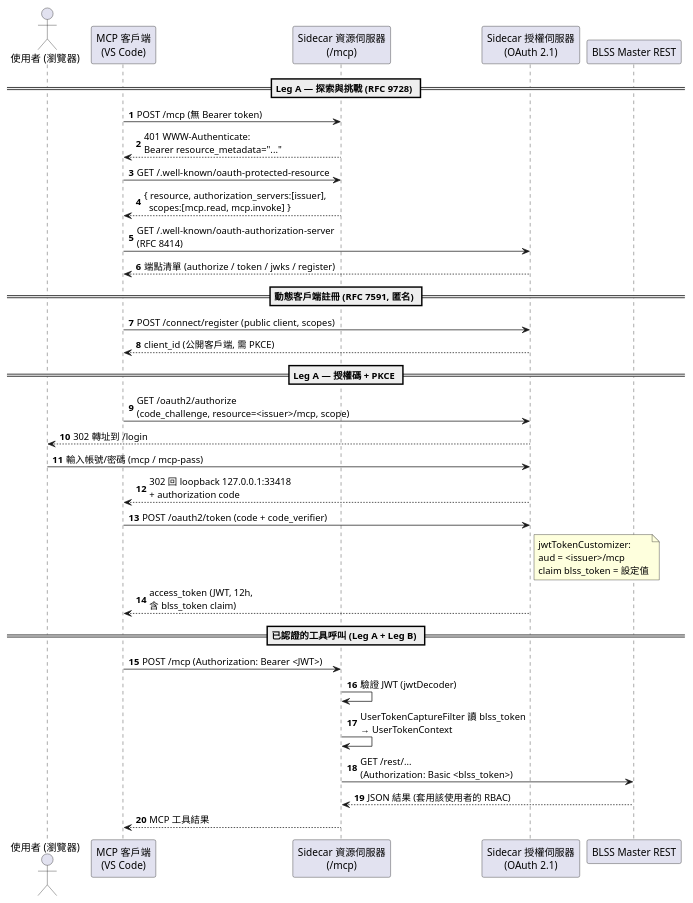
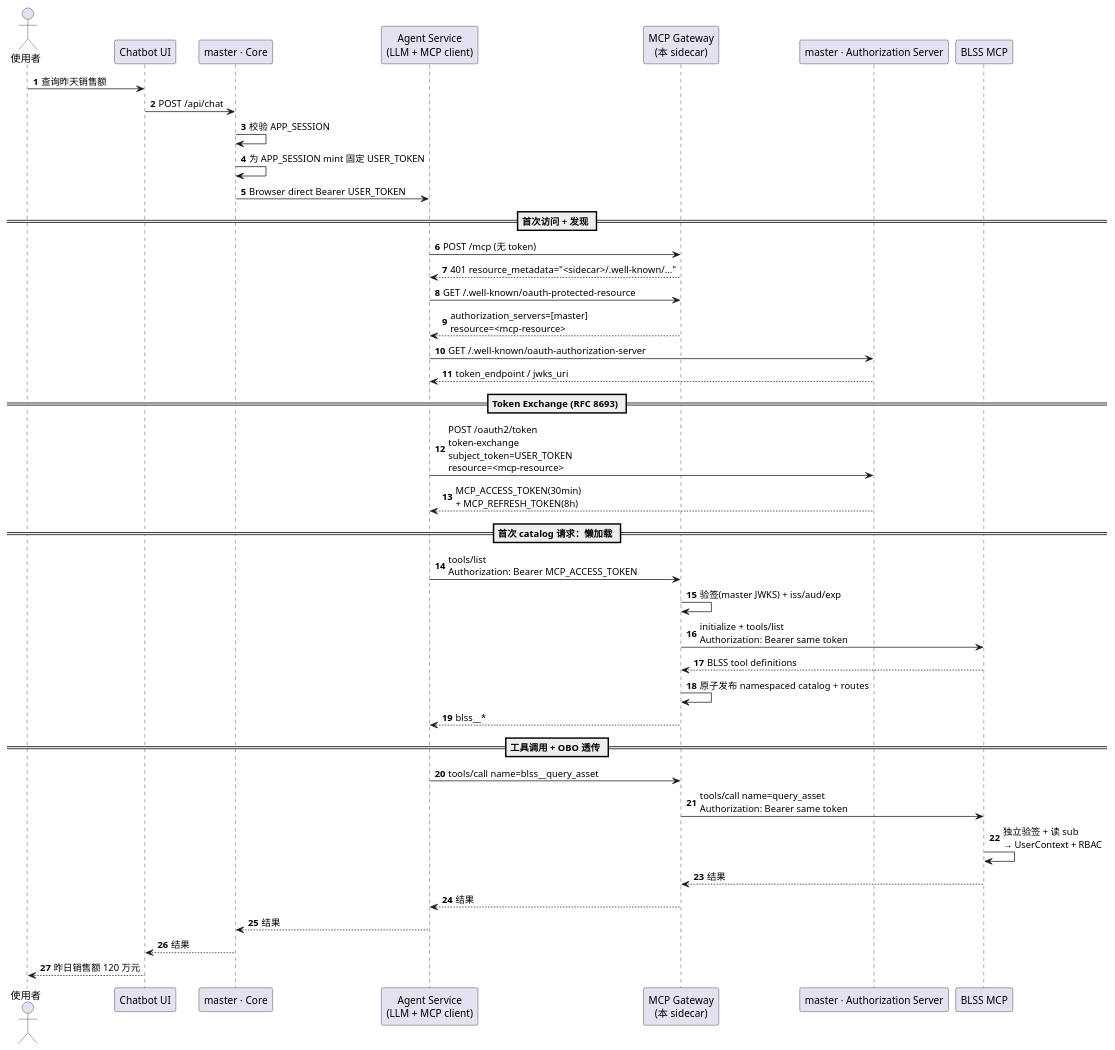
One commit to leiguo-eaton/mcp-spike changed the second of 2 diagrams in doc/auth-flow.md. Above: the diagram before and after it, drawn with PlantUML. The commit also changed other lines of this file and 69 other files, not shown here.

````diff
--- a/doc/auth-flow.md
+++ b/doc/auth-flow.md
@@ -174,43 +127,48 @@
 ```plantuml
 @startuml
 autonumber
-actor "使用者 (瀏覽器)" as User
-participant "MCP 客戶端\n(VS Code)" as VSCode
-participant "Sidecar 資源伺服器\n(/mcp)" as RS
-participant "Sidecar 授權伺服器\n(OAuth 2.1)" as AS
-participant "BLSS Master REST" as Master
+actor "使用者" as User
+participant "Chatbot UI" as UI
+participant "master · Core" as Core
+participant "Agent Service\n(LLM + MCP client)" as Agent
+participant "MCP Gateway\n(本 sidecar)" as GW
+participant "master · Authorization Server" as AS
+participant "BLSS MCP" as BLSS
 
-== Leg A — 探索與挑戰 (RFC 9728) ==
-VSCode -> RS : POST /mcp (無 Bearer token)
-RS --> VSCode : 401 WWW-Authenticate:\nBearer resource_metadata="..."
-VSCode -> RS : GET /.well-known/oauth-protected-resource
-RS --> VSCode : { resource, authorization_servers:[issuer],\n  scopes:[mcp.read, mcp.invoke] }
-VSCode -> AS : GET /.well-known/oauth-authorization-server\n(RFC 8414)
-AS --> VSCode : 端點清單 (authorize / token / jwks / register)
+User -> UI : 查询昨天销售额
+UI -> Core : POST /api/chat
+Core -> Core : 校验 APP_SESSION
+Core -> Core : 为 APP_SESSION mint 固定 USER_TOKEN
+Core -> Agent : Browser direct Bearer USER_TOKEN
 
-== 動態客戶端註冊 (RFC 7591, 匿名) ==
-VSCode -> AS : POST /connect/register (public client, scopes)
-AS --> VSCode : client_id (公開客戶端, 需 PKCE)
+== 首次访问 + 发现 ==
+Agent -> GW : POST /mcp (无 token)
+GW --> Agent : 401 resource_metadata="<sidecar>/.well-known/..."
+Agent -> GW : GET /.well-known/oauth-protected-resource
+GW --> Agent : authorization_servers=[master]\nresource=<mcp-resource>
+Agent -> AS : GET /.well-known/oauth-authorization-server
+AS --> Agent : token_endpoint / jwks_uri
 
-== Leg A — 授權碼 + PKCE ==
-VSCode -> AS : GET /oauth2/authorize\n(code_challenge, resource=<issuer>/mcp, scope)
-AS --> User : 302 轉址到 /login
-User -> AS : 輸入帳號/密碼 (mcp / mcp-pass)
-AS --> VSCode : 302 回 loopback 127.0.0.1:33418\n+ authorization code
-VSCode -> AS : POST /oauth2/token (code + code_verifier)
-note right of AS
-  jwtTokenCustomizer:
-  aud = <issuer>/mcp
-  claim blss_token = 設定值
-end note
-AS --> VSCode : access_token (JWT, 12h,\n含 blss_token claim)
+== Token Exchange (RFC 8693) ==
+Agent -> AS : POST /oauth2/token\ntoken-exchange\nsubject_token=USER_TOKEN\nresource=<mcp-resource>
+AS --> Agent : MCP_ACCESS_TOKEN(30min)\n+ MCP_REFRESH_TOKEN(8h)
 
-== 已認證的工具呼叫 (Leg A + Leg B) ==
-VSCode -> RS : POST /mcp (Authorization: Bearer <JWT>)
-RS -> RS : 驗證 JWT (jwtDecoder)
-RS -> RS : UserTokenCaptureFilter 讀 blss_token\n→ UserTokenContext
-RS -> Master : GET /rest/...\n(Authorization: Basic <blss_token>)
-Master --> RS : JSON 結果 (套用該使用者的 RBAC)
-RS --> VSCode : MCP 工具結果
+== 首次 catalog 请求：懒加载 ==
+Agent -> GW : tools/list\nAuthorization: Bearer MCP_ACCESS_TOKEN
+GW -> GW : 验签(master JWKS) + iss/aud/exp
+GW -> BLSS : initialize + tools/list\nAuthorization: Bearer same token
+BLSS --> GW : BLSS tool definitions
+GW -> GW : 原子发布 namespaced catalog + routes
+GW --> Agent : blss__*
+
+== 工具调用 + OBO 透传 ==
+Agent -> GW : tools/call name=blss__query_asset
+GW -> BLSS : tools/call name=query_asset\nAuthorization: Bearer same token
+BLSS -> BLSS : 独立验签 + 读 sub\n→ UserContext + RBAC
+BLSS --> GW : 结果
+GW --> Agent : 结果
+Agent --> Core : 结果
+Core --> UI : 结果
+UI --> User : 昨日销售额 120 万元
 @enduml
 ```
````
